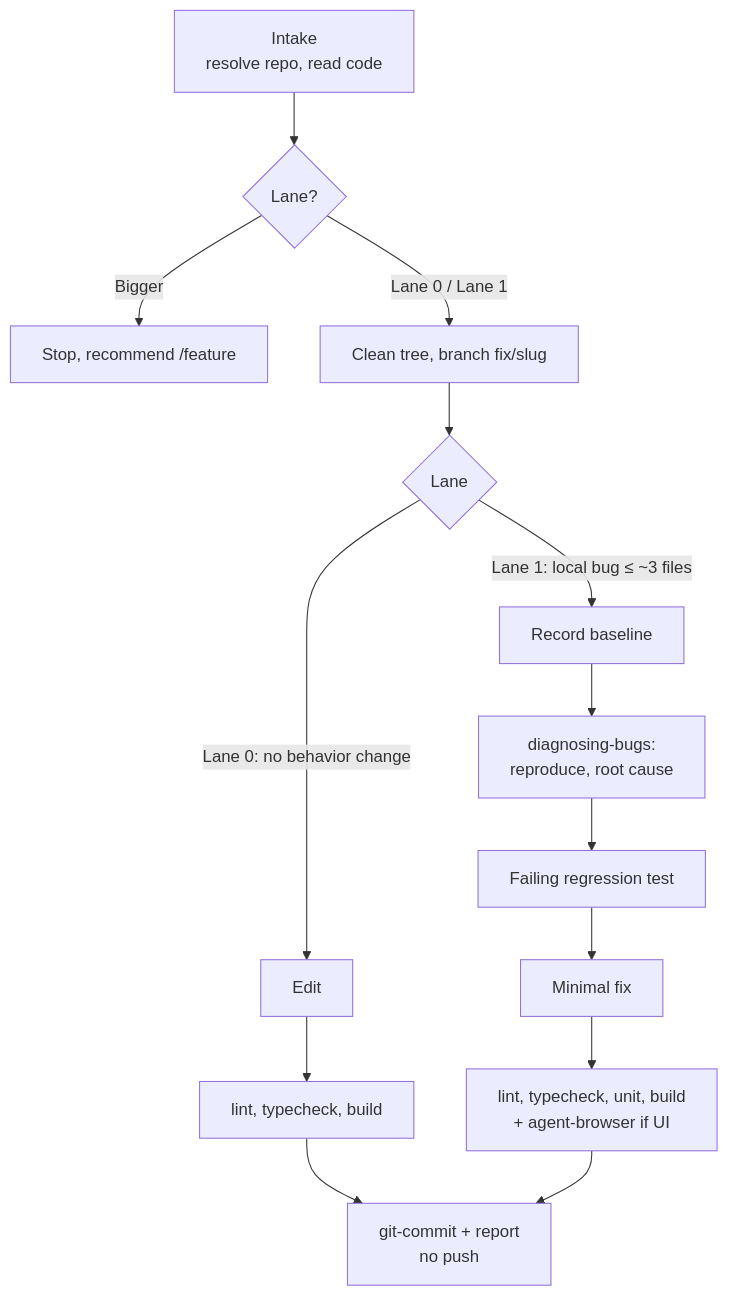
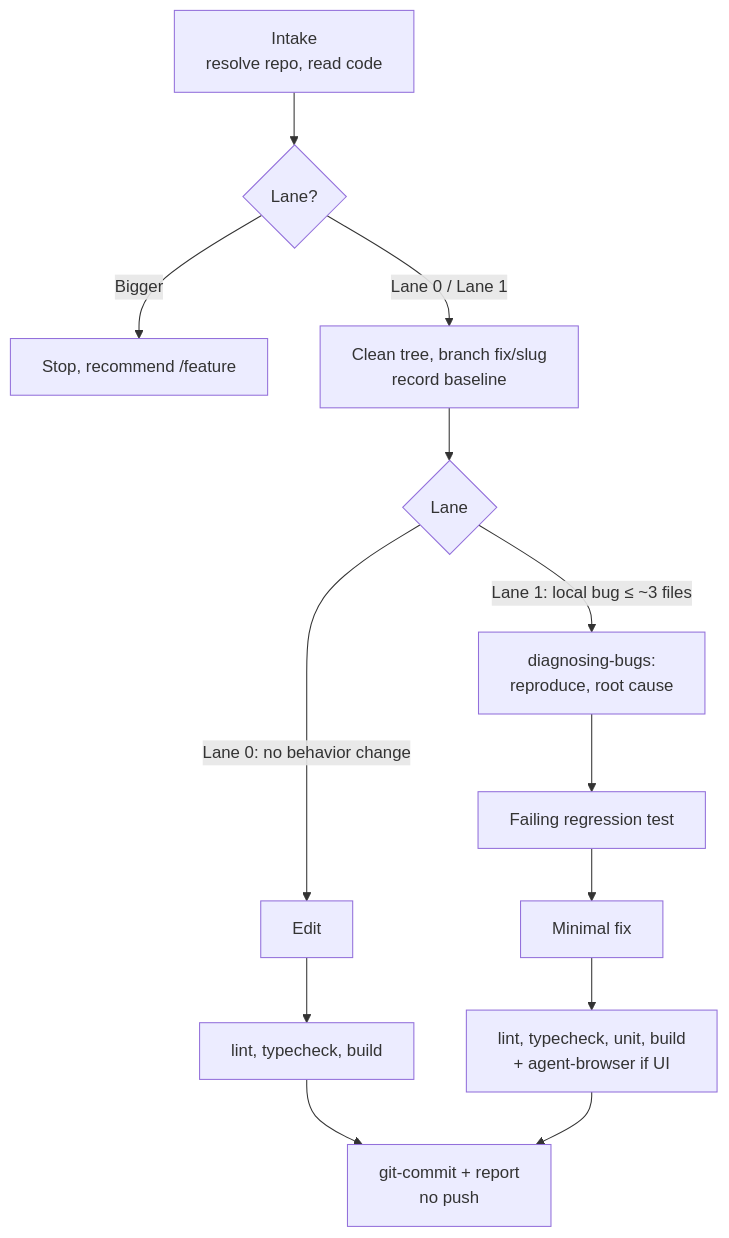
The third of 3 diagrams in README.md (minhfi/bumno), drawn with Mermaid before and after one commit. The commit also changed 3 other files, not shown here.

````diff
--- a/README.md
+++ b/README.md
@@ -122,14 +122,13 @@
 ```mermaid
 flowchart TD
     F1[Intake<br/>resolve repo, read code] --> F2{Lane?}
     F2 -->|Bigger| F0[Stop, recommend /feature]
-    F2 -->|Lane 0 / Lane 1| F3[Clean tree, branch fix/slug]
+    F2 -->|Lane 0 / Lane 1| F3[Clean tree, branch fix/slug<br/>record baseline]
     F3 --> F4{Lane}
     F4 -->|"Lane 0: no behavior change"| L0[Edit] --> V0[lint, typecheck, build]
-    F4 -->|"Lane 1: local bug ≤ ~3 files"| L1[Record baseline]
-    L1 --> L2[diagnosing-bugs:<br/>reproduce, root cause]
+    F4 -->|"Lane 1: local bug ≤ ~3 files"| L2[diagnosing-bugs:<br/>reproduce, root cause]
     L2 --> L3[Failing regression test]
     L3 --> L4[Minimal fix]
     L4 --> V1[lint, typecheck, unit, build<br/>+ agent-browser if UI]
     V0 & V1 --> C[git-commit + report<br/>no push]
 ```
````
